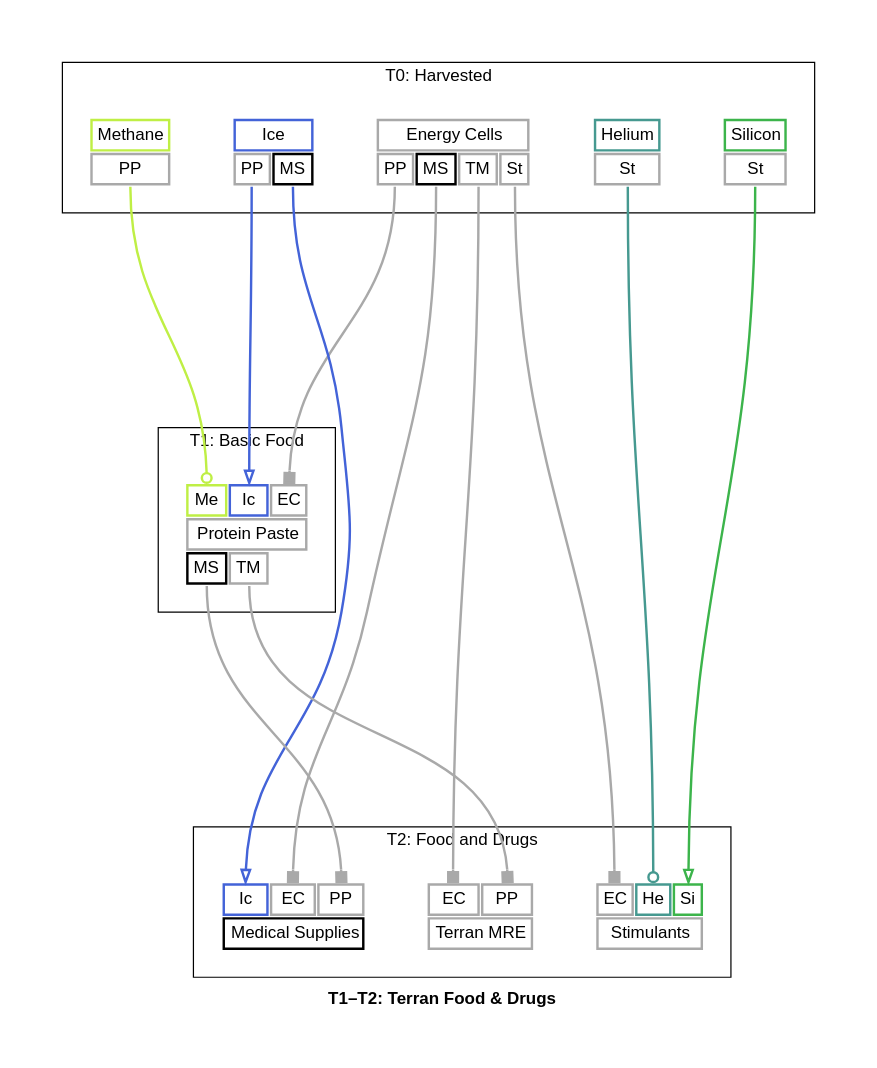
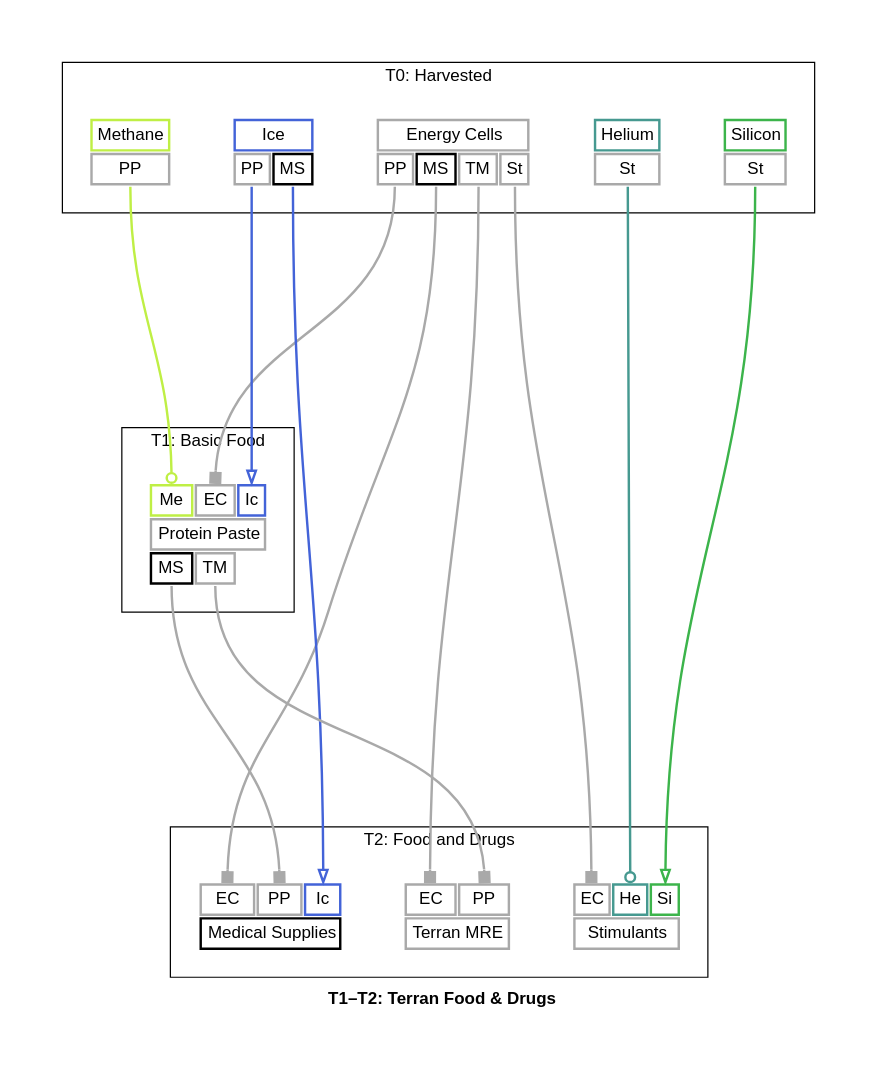
The diagram in docs/t1_t2_terran_food_drugs_graph_full.dot (borntyping/x4-diagrams), drawn with Graphviz before and after one commit. The commit also changed other lines of this file and 66 other files, not shown here.

```diff
--- a/docs/t1_t2_terran_food_drugs_graph_full.dot
+++ b/docs/t1_t2_terran_food_drugs_graph_full.dot
@@ -1,175 +1,175 @@
 digraph "X4 Economy" {
 	edge [arrowType=normal]
 	compound=true fontname="Helvetica,Arial,sans-serif"
 	label=<<b>T1–T2: Terran Food &amp; Drugs</b>>
 	graph [nodesep=0.3 pad=0.5 ranksep=3]
 	node [color=slategray1 fontname="Helvetica,Arial,sans-serif" margin=0.2 penwidth=2.0 shape=plaintext]
 	edge [arrowhead=normal arrowsize=1.0 fontname="Helvetica,Arial,sans-serif" headport=n penwidth=2.0 tailport=s]
 	subgraph 0 {
 		cluster=true label="T0: Harvested"
 		energy_cells [label=<<table border="0" cellborder="2" cellpadding="4" cellspacing="1" fixedsize="false" id="energy_cells" port="output">
   
   <tr>
     <td align="text" bgcolor="white" color="#a9a9a9" colspan="4">Energy Cells</td>
   </tr>
   
     <tr>
       
         <td align="text" bgcolor="white" color="#a9a9a9" port="protein_paste">PP</td>
       
         <td align="text" bgcolor="white" color="#000000" port="medical_supplies">MS</td>
       
         <td align="text" bgcolor="white" color="#a9a9a9" port="terran_mre">TM</td>
       
         <td align="text" bgcolor="white" color="#a9a9a9" port="stimulants">St</td>
       
     </tr>
   
 </table>>]
 		helium [label=<<table border="0" cellborder="2" cellpadding="4" cellspacing="1" fixedsize="false" id="helium" port="output">
   
   <tr>
     <td align="text" bgcolor="white" color="#469990" colspan="1">Helium</td>
   </tr>
   
     <tr>
       
         <td align="text" bgcolor="white" color="#a9a9a9" port="stimulants">St</td>
       
     </tr>
   
 </table>>]
 		ice [label=<<table border="0" cellborder="2" cellpadding="4" cellspacing="1" fixedsize="false" id="ice" port="output">
   
   <tr>
     <td align="text" bgcolor="white" color="#4363d8" colspan="2">Ice</td>
   </tr>
   
     <tr>
       
         <td align="text" bgcolor="white" color="#a9a9a9" port="protein_paste">PP</td>
       
         <td align="text" bgcolor="white" color="#000000" port="medical_supplies">MS</td>
       
     </tr>
   
 </table>>]
 		methane [label=<<table border="0" cellborder="2" cellpadding="4" cellspacing="1" fixedsize="false" id="methane" port="output">
   
   <tr>
     <td align="text" bgcolor="white" color="#bfef45" colspan="1">Methane</td>
   </tr>
   
     <tr>
       
         <td align="text" bgcolor="white" color="#a9a9a9" port="protein_paste">PP</td>
       
     </tr>
   
 </table>>]
 		silicon [label=<<table border="0" cellborder="2" cellpadding="4" cellspacing="1" fixedsize="false" id="silicon" port="output">
   
   <tr>
     <td align="text" bgcolor="white" color="#3cb44b" colspan="1">Silicon</td>
   </tr>
   
     <tr>
       
         <td align="text" bgcolor="white" color="#a9a9a9" port="stimulants">St</td>
       
     </tr>
   
 </table>>]
 	}
 	subgraph 1 {
 		cluster=true label="T1: Basic Food"
 		protein_paste [label=<<table border="0" cellborder="2" cellpadding="4" cellspacing="1" fixedsize="false" id="protein_paste" port="output">
   
     <tr>
       
         <td align="text" bgcolor="white" color="#bfef45" port="methane">Me</td>
       
+        <td align="text" bgcolor="white" color="#a9a9a9" port="energy_cells">EC</td>
+      
         <td align="text" bgcolor="white" color="#4363d8" port="ice">Ic</td>
-      
-        <td align="text" bgcolor="white" color="#a9a9a9" port="energy_cells">EC</td>
       
     </tr>
   
   <tr>
     <td align="text" bgcolor="white" color="#a9a9a9" colspan="3">Protein Paste</td>
   </tr>
   
     <tr>
       
         <td align="text" bgcolor="white" color="#000000" port="medical_supplies">MS</td>
       
         <td align="text" bgcolor="white" color="#a9a9a9" port="terran_mre">TM</td>
       
     </tr>
   
 </table>>]
 	}
 	subgraph 2 {
 		cluster=true label="T2: Food and Drugs"
 		medical_supplies [label=<<table border="0" cellborder="2" cellpadding="4" cellspacing="1" fixedsize="false" id="medical_supplies" port="output">
   
     <tr>
       
-        <td align="text" bgcolor="white" color="#4363d8" port="ice">Ic</td>
-      
         <td align="text" bgcolor="white" color="#a9a9a9" port="energy_cells">EC</td>
       
         <td align="text" bgcolor="white" color="#a9a9a9" port="protein_paste">PP</td>
+      
+        <td align="text" bgcolor="white" color="#4363d8" port="ice">Ic</td>
       
     </tr>
   
   <tr>
     <td align="text" bgcolor="white" color="#000000" colspan="3">Medical Supplies</td>
   </tr>
   
 </table>>]
 		stimulants [label=<<table border="0" cellborder="2" cellpadding="4" cellspacing="1" fixedsize="false" id="stimulants" port="output">
   
     <tr>
       
         <td align="text" bgcolor="white" color="#a9a9a9" port="energy_cells">EC</td>
       
         <td align="text" bgcolor="white" color="#469990" port="helium">He</td>
       
         <td align="text" bgcolor="white" color="#3cb44b" port="silicon">Si</td>
       
     </tr>
   
   <tr>
     <td align="text" bgcolor="white" color="#a9a9a9" colspan="3">Stimulants</td>
   </tr>
   
 </table>>]
 		terran_mre [label=<<table border="0" cellborder="2" cellpadding="4" cellspacing="1" fixedsize="false" id="terran_mre" port="output">
   
     <tr>
       
         <td align="text" bgcolor="white" color="#a9a9a9" port="energy_cells">EC</td>
       
         <td align="text" bgcolor="white" color="#a9a9a9" port="protein_paste">PP</td>
       
     </tr>
   
   <tr>
     <td align="text" bgcolor="white" color="#a9a9a9" colspan="2">Terran MRE</td>
   </tr>
   
 </table>>]
 	}
 	energy_cells:protein_paste:s -> protein_paste:energy_cells:n [arrowhead=box color="#a9a9a9" weight=1.0]
 	ice:protein_paste:s -> protein_paste:ice:n [arrowhead=empty color="#4363d8" weight=1.0]
 	methane:protein_paste:s -> protein_paste:methane:n [arrowhead=odot color="#bfef45" weight=1.0]
 	energy_cells:medical_supplies:s -> medical_supplies:energy_cells:n [arrowhead=box color="#a9a9a9" weight=1.0]
 	ice:medical_supplies:s -> medical_supplies:ice:n [arrowhead=empty color="#4363d8" weight=1.0]
 	protein_paste:medical_supplies:s -> medical_supplies:protein_paste:n [arrowhead=box color="#a9a9a9" weight=1.0]
 	energy_cells:terran_mre:s -> terran_mre:energy_cells:n [arrowhead=box color="#a9a9a9" weight=1.0]
 	protein_paste:terran_mre:s -> terran_mre:protein_paste:n [arrowhead=box color="#a9a9a9" weight=1.0]
 	energy_cells:stimulants:s -> stimulants:energy_cells:n [arrowhead=box color="#a9a9a9" weight=1.0]
 	helium:stimulants:s -> stimulants:helium:n [arrowhead=odot color="#469990" weight=1.0]
 	silicon:stimulants:s -> stimulants:silicon:n [arrowhead=empty color="#3cb44b" weight=1.0]
 }
```
